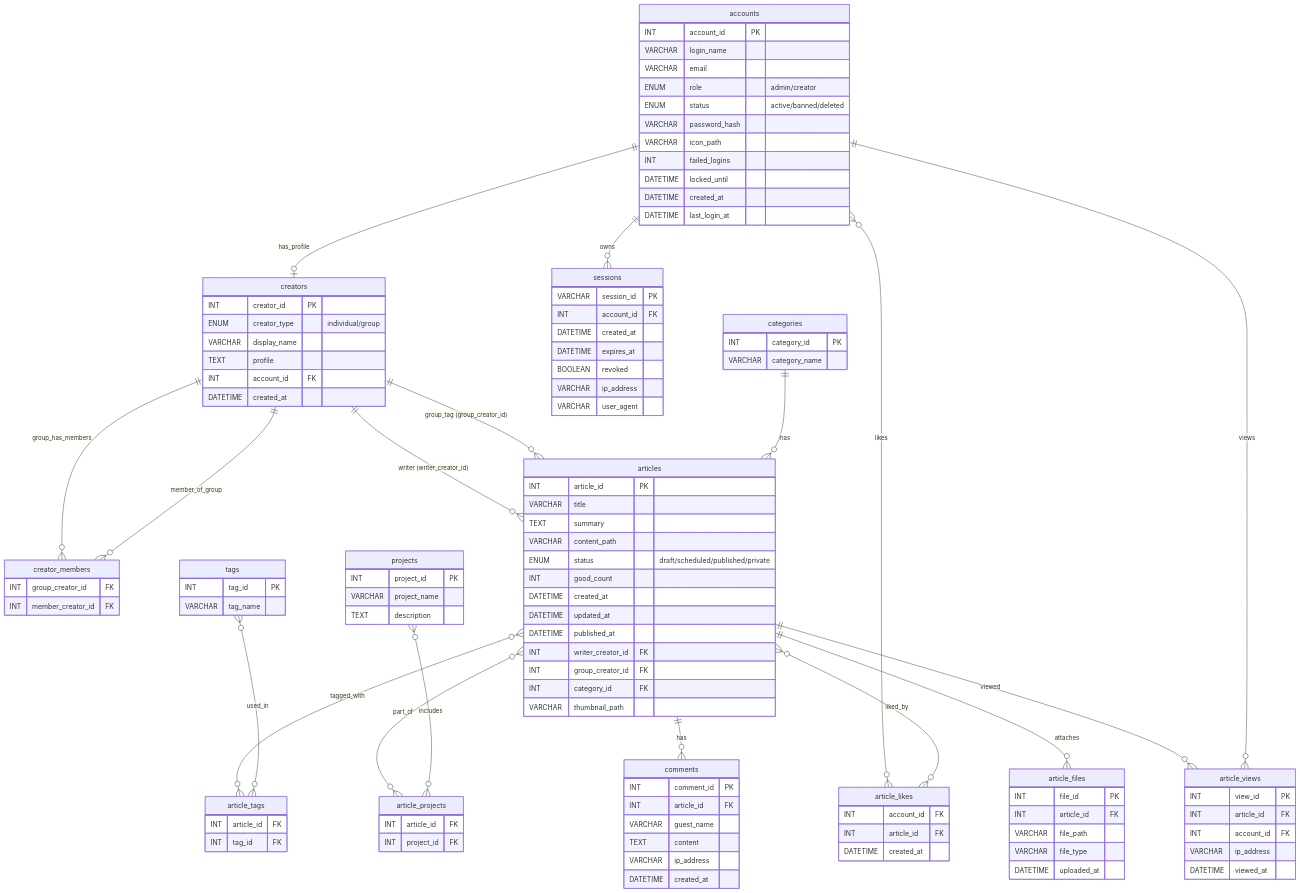
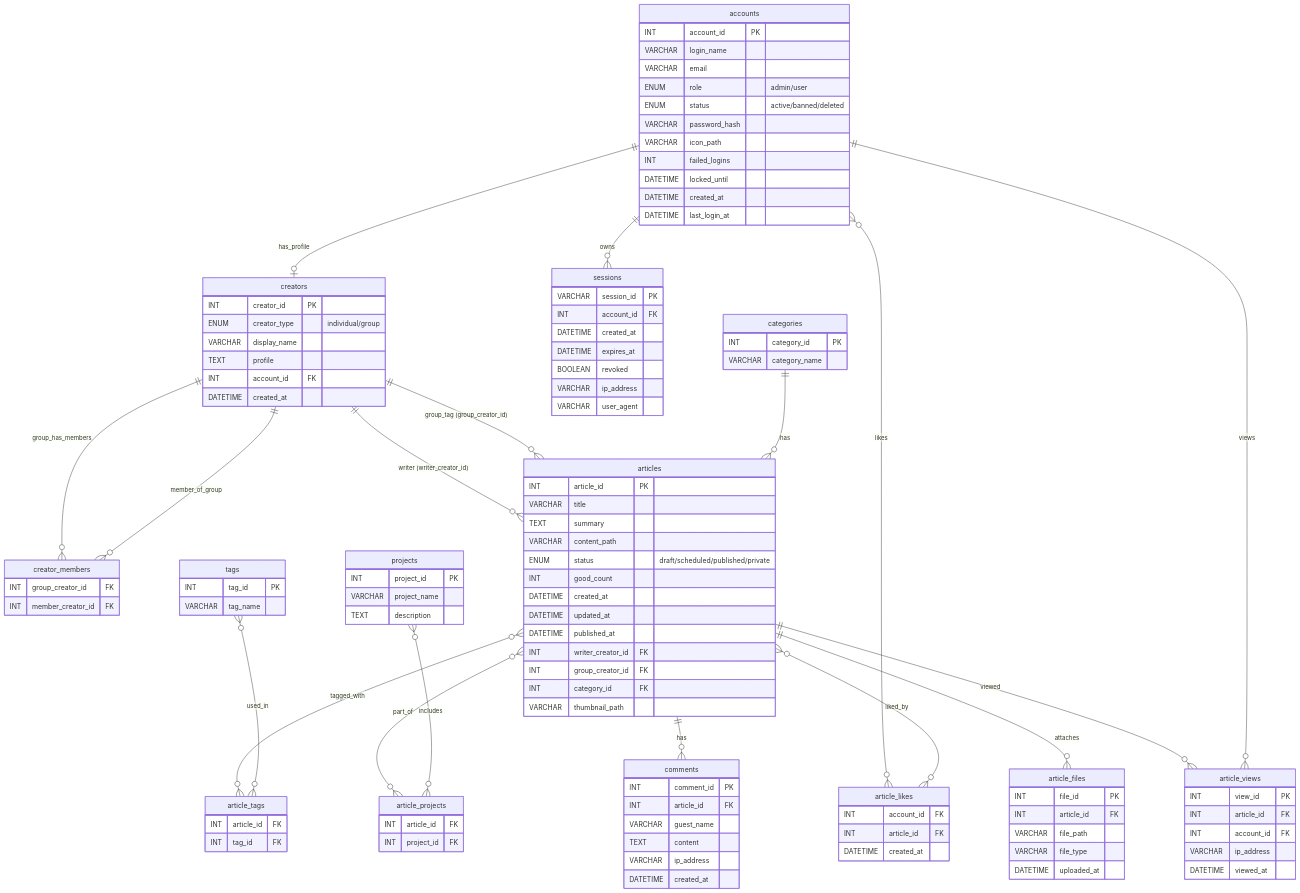
One commit to UI1120/CoderBlog changed the diagram in plan/DB設計.md. Above: the diagram before and after it, drawn with Mermaid. The commit also changed other lines of this file and 30 other files, not shown here.

```diff
--- a/plan/DB設計.md
+++ b/plan/DB設計.md
@@ -129,7 +131,7 @@
         INT account_id PK
         VARCHAR login_name
         VARCHAR email
-        ENUM role "admin/creator"
+        ENUM role "admin/user"
         ENUM status "active/banned/deleted"
         VARCHAR password_hash
         VARCHAR icon_path
```
